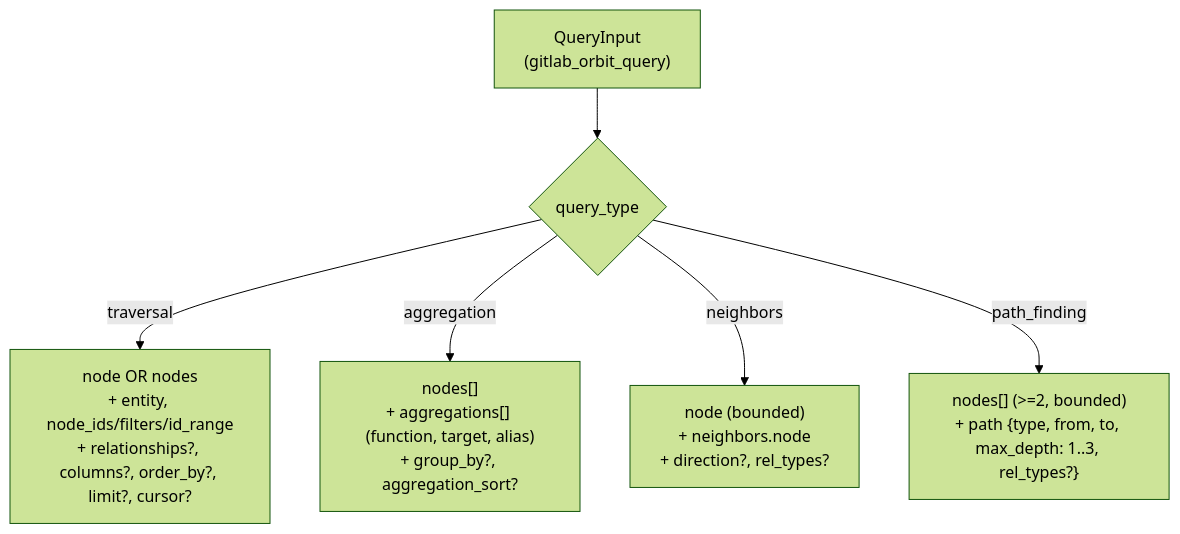
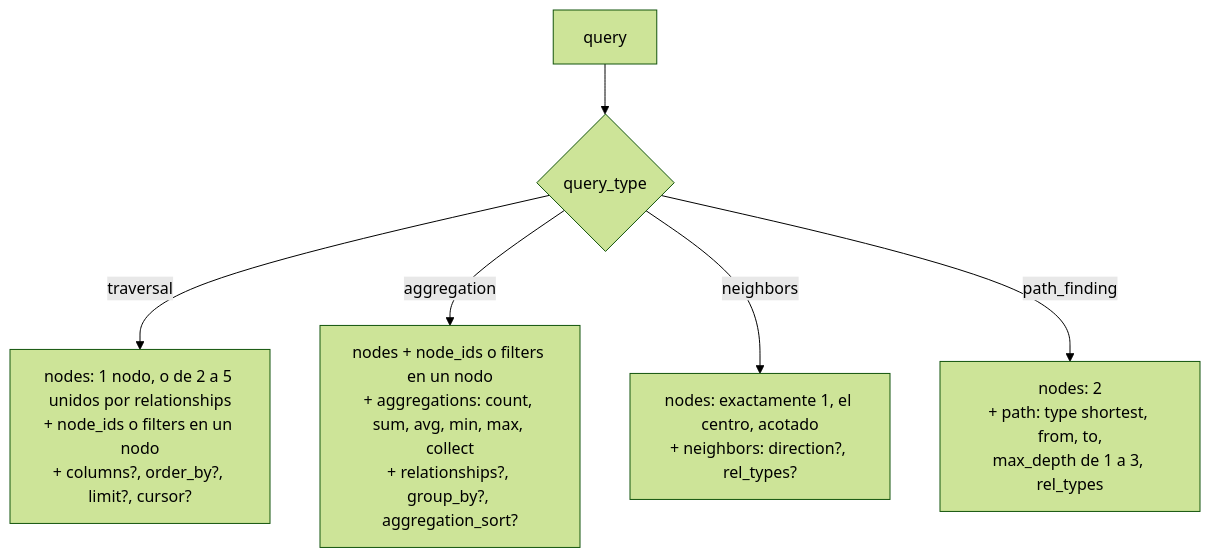
Before and after one commit to jmrplens/gitlab-mcp-server: the first of 2 diagrams in site/src/content/docs/es/tools/orbit.mdx, drawn with Mermaid (forest theme). The commit also changed other lines of this file and 39 other files, not shown here.

````diff
--- a/site/src/content/docs/es/tools/orbit.mdx
+++ b/site/src/content/docs/es/tools/orbit.mdx
@@ -70,8 +70,8 @@
 ```mermaid
 graph TD
-    Q["QueryInput<br/>(gitlab_orbit_query)"] --> QT{"query_type"}
-    QT -->|"traversal"| TR["node OR nodes<br/>+ entity, node_ids/filters/id_range<br/>+ relationships?, columns?, order_by?, limit?, cursor?"]
-    QT -->|"aggregation"| AG["nodes[]<br/>+ aggregations[] (function, target, alias)<br/>+ group_by?, aggregation_sort?"]
-    QT -->|"neighbors"| NB["node (bounded)<br/>+ neighbors.node<br/>+ direction?, rel_types?"]
-    QT -->|"path_finding"| PF["nodes[] (>=2, bounded)<br/>+ path {type, from, to, max_depth: 1..3, rel_types?}"]
+    Q["query"] --> QT{"query_type"}
+    QT -->|"traversal"| TR["nodes: 1 nodo, o de 2 a 5 unidos por relationships<br/>+ node_ids o filters en un nodo<br/>+ columns?, order_by?, limit?, cursor?"]
+    QT -->|"aggregation"| AG["nodes + node_ids o filters en un nodo<br/>+ aggregations: count, sum, avg, min, max, collect<br/>+ relationships?, group_by?, aggregation_sort?"]
+    QT -->|"neighbors"| NB["nodes: exactamente 1, el centro, acotado<br/>+ neighbors: direction?, rel_types?"]
+    QT -->|"path_finding"| PF["nodes: 2<br/>+ path: type shortest, from, to,<br/>max_depth de 1 a 3, rel_types"]
 ```
````
